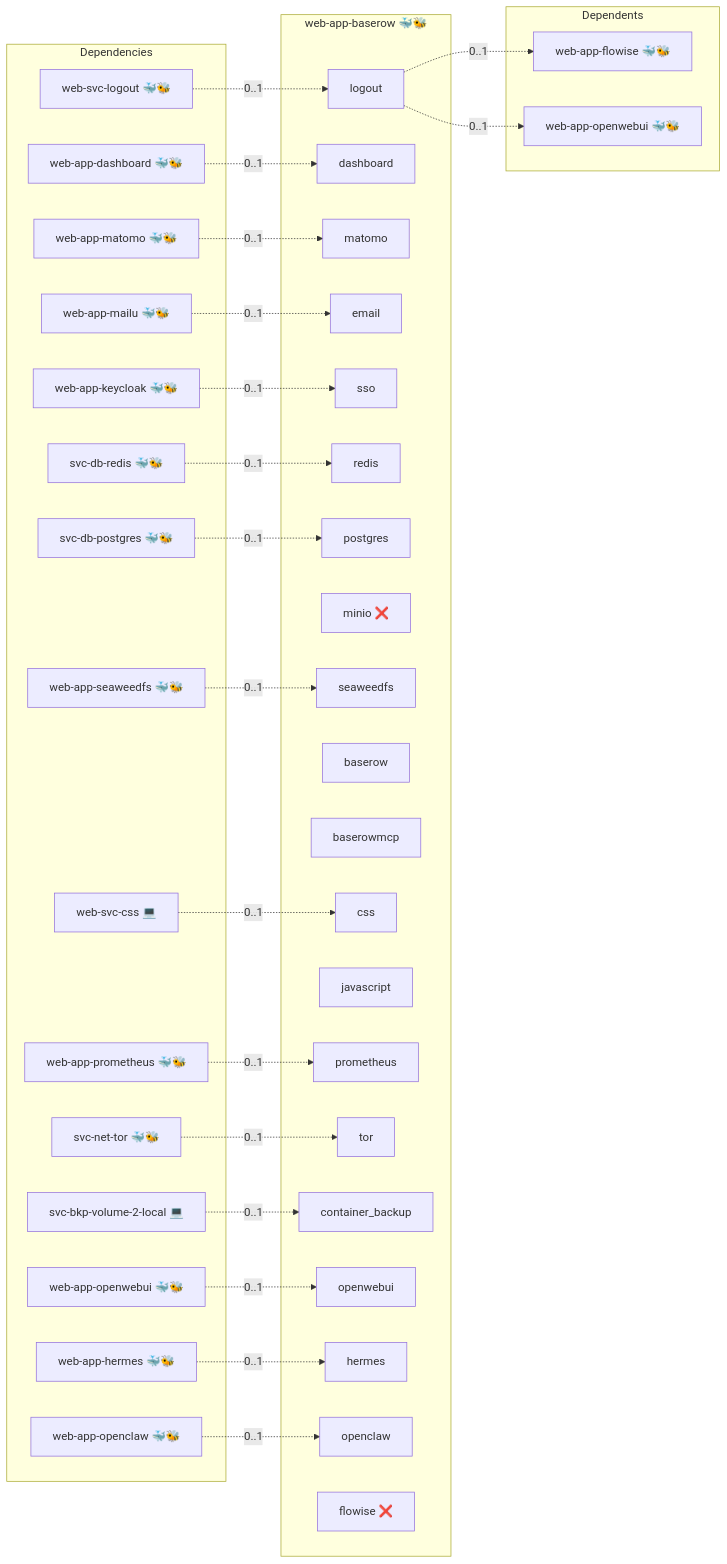
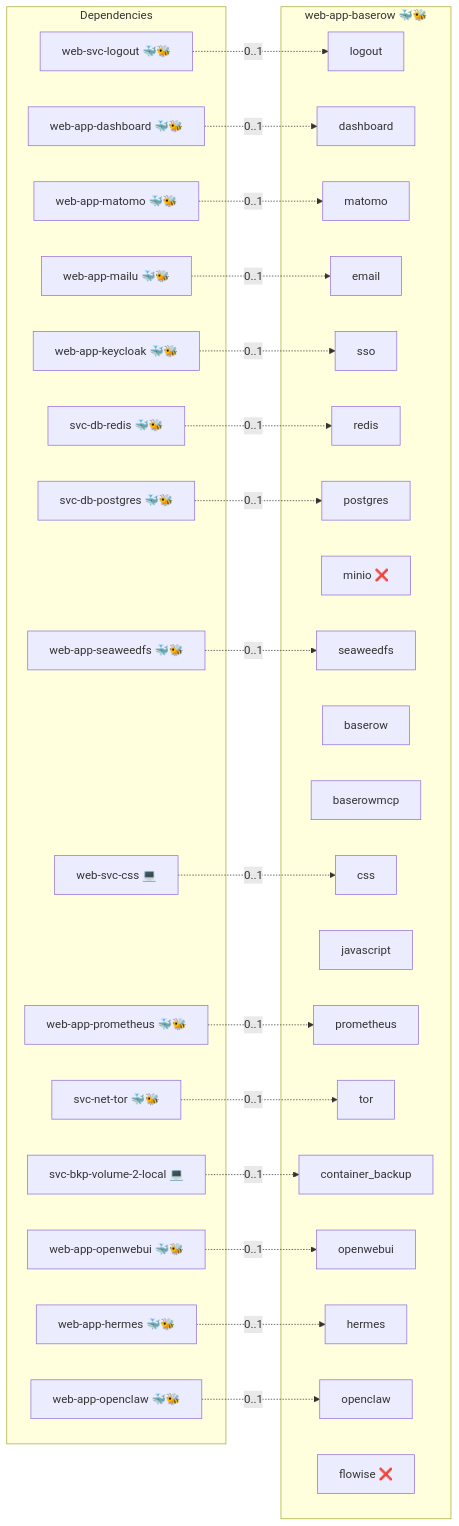
One commit to infinito-nexus/core changed the diagram in roles/web-app-baserow/README.md. Above: the diagram before and after it, drawn with Mermaid. The commit also changed 6 other files, not shown here.

````diff
--- a/roles/web-app-baserow/README.md
+++ b/roles/web-app-baserow/README.md
@@ -15,63 +15,57 @@
 ```mermaid
 flowchart LR
     subgraph deps [Dependencies]
         dep_svc_bkp_volume_2_local["svc-bkp-volume-2-local 💻"]
         dep_svc_db_postgres["svc-db-postgres 🐳🐝"]
         dep_svc_db_redis["svc-db-redis 🐳🐝"]
         dep_svc_net_tor["svc-net-tor 🐳🐝"]
         dep_web_app_dashboard["web-app-dashboard 🐳🐝"]
         dep_web_app_hermes["web-app-hermes 🐳🐝"]
         dep_web_app_keycloak["web-app-keycloak 🐳🐝"]
         dep_web_app_mailu["web-app-mailu 🐳🐝"]
         dep_web_app_matomo["web-app-matomo 🐳🐝"]
         dep_web_app_openclaw["web-app-openclaw 🐳🐝"]
         dep_web_app_openwebui["web-app-openwebui 🐳🐝"]
         dep_web_app_prometheus["web-app-prometheus 🐳🐝"]
         dep_web_app_seaweedfs["web-app-seaweedfs 🐳🐝"]
         dep_web_svc_css["web-svc-css 💻"]
         dep_web_svc_logout["web-svc-logout 🐳🐝"]
     end
     subgraph role [web-app-baserow 🐳🐝]
         svc_logout["logout"]
         svc_dashboard["dashboard"]
         svc_matomo["matomo"]
         svc_email["email"]
         svc_sso["sso"]
         svc_redis["redis"]
         svc_postgres["postgres"]
         svc_minio["minio ❌"]
         svc_seaweedfs["seaweedfs"]
         svc_baserow["baserow"]
         svc_baserowmcp["baserowmcp"]
         svc_css["css"]
         svc_javascript["javascript"]
         svc_prometheus["prometheus"]
         svc_tor["tor"]
         svc_container_backup["container_backup"]
         svc_openwebui["openwebui"]
         svc_hermes["hermes"]
         svc_openclaw["openclaw"]
         svc_flowise["flowise ❌"]
     end
-    subgraph dependents [Dependents]
-        dpt_web_app_flowise["web-app-flowise 🐳🐝"]
-        dpt_web_app_openwebui["web-app-openwebui 🐳🐝"]
-    end
     dep_svc_bkp_volume_2_local -. "0..1" .-> svc_container_backup
     dep_svc_db_postgres -. "0..1" .-> svc_postgres
     dep_svc_db_redis -. "0..1" .-> svc_redis
     dep_svc_net_tor -. "0..1" .-> svc_tor
     dep_web_app_dashboard -. "0..1" .-> svc_dashboard
     dep_web_app_hermes -. "0..1" .-> svc_hermes
     dep_web_app_keycloak -. "0..1" .-> svc_sso
     dep_web_app_mailu -. "0..1" .-> svc_email
     dep_web_app_matomo -. "0..1" .-> svc_matomo
     dep_web_app_openclaw -. "0..1" .-> svc_openclaw
     dep_web_app_openwebui -. "0..1" .-> svc_openwebui
     dep_web_app_prometheus -. "0..1" .-> svc_prometheus
     dep_web_app_seaweedfs -. "0..1" .-> svc_seaweedfs
     dep_web_svc_css -. "0..1" .-> svc_css
     dep_web_svc_logout -. "0..1" .-> svc_logout
-    svc_logout -. "0..1" .-> dpt_web_app_flowise
-    svc_logout -. "0..1" .-> dpt_web_app_openwebui
 ```
````
